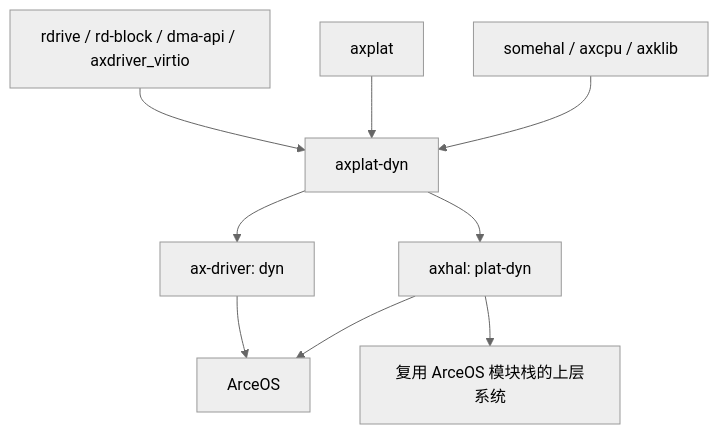
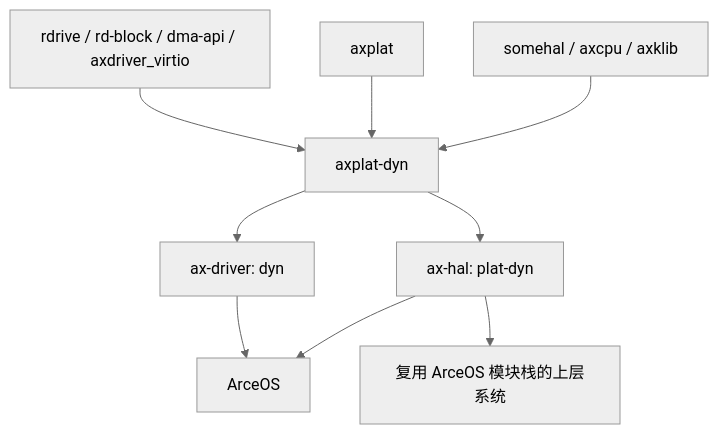
Before and after one commit to zKurisu/tgoskits: the third of 3 diagrams in docs/crates/axplat-dyn.md, drawn with Mermaid (neutral theme). The commit also changed other lines of this file and 158 other files, not shown here.

Commit message:
rename axhal to ax-hal

````diff
--- a/docs/crates/axplat-dyn.md
+++ b/docs/crates/axplat-dyn.md
@@ -213,13 +213,13 @@
 ```mermaid
 graph TD
     A[somehal / axcpu / axklib] --> B[axplat-dyn]
     C[axplat] --> B
     D[rdrive / rd-block / dma-api / axdriver_virtio] --> B
 
-    B --> E[axhal: plat-dyn]
+    B --> E[ax-hal: plat-dyn]
     B --> F[ax-driver: dyn]
 
     E --> G[ArceOS]
     F --> G
     E --> H[复用 ArceOS 模块栈的上层系统]
 ```
````
